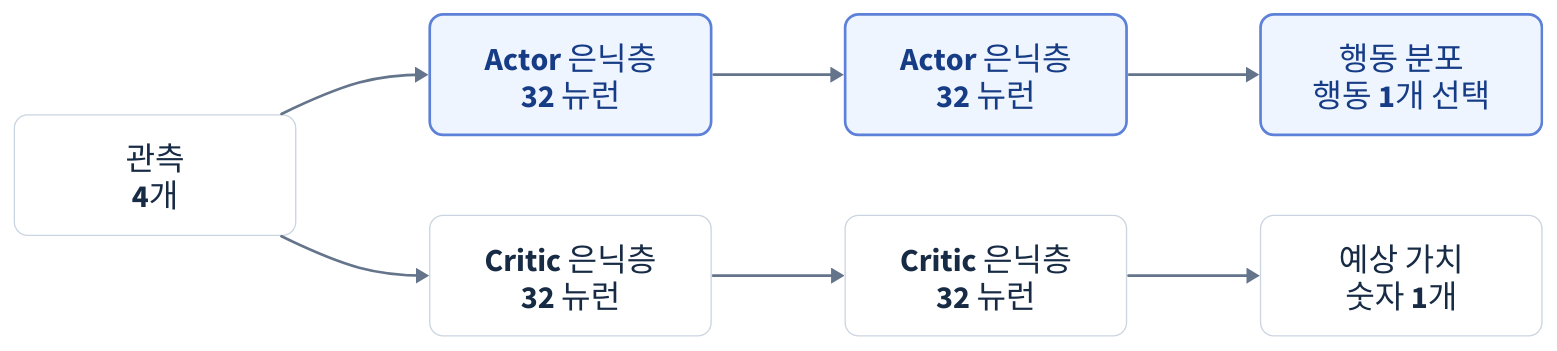
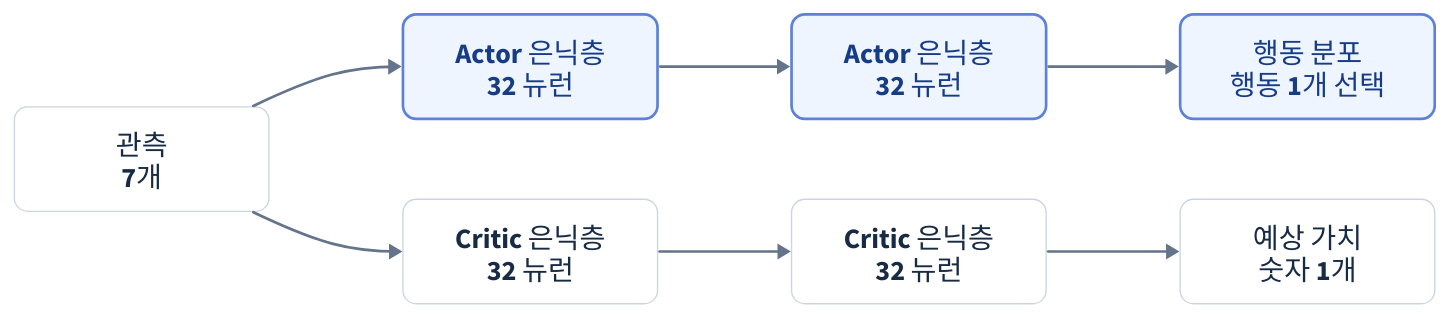
Before and after one commit to fortex66/physical-ai-training: the diagram in learning-notes/reinforcement-learning/diagrams/02-actor-critic-model.d2, drawn with D2. The commit also changed 44 other files, not shown here.

Commit message:
docs: add lesson 23 custom RL environment and reduce diagram sizing

```diff
--- a/learning-notes/reinforcement-learning/diagrams/02-actor-critic-model.d2
+++ b/learning-notes/reinforcement-learning/diagrams/02-actor-critic-model.d2
@@ -1,27 +1,27 @@
 direction: down
 classes: {
   box: {
-    width: 210
-    height: 90
-    style: {font-size: 24; font-color: "#172B45"; fill: "#FFFFFF"; stroke: "#CBD5E1"; stroke-width: 1; border-radius: 10}
+    width: 190
+    height: 78
+    style: {font-size: 21; font-color: "#172B45"; fill: "#FFFFFF"; stroke: "#CBD5E1"; stroke-width: 1; border-radius: 10}
   }
   focus: {
-    width: 210
-    height: 90
-    style: {font-size: 24; font-color: "#173C86"; fill: "#EFF5FF"; stroke: "#5D81D9"; stroke-width: 2; border-radius: 10}
+    width: 190
+    height: 78
+    style: {font-size: 21; font-color: "#173C86"; fill: "#EFF5FF"; stroke: "#5D81D9"; stroke-width: 2; border-radius: 10}
   }
 }
 *.class: box
-*.style.font-size: 24
+*.style.font-size: 21
 (* -> *)[*].style.stroke: "#64748B"
 (* -> *)[*].style.stroke-width: 2
 direction: right
-obs: "관측\n4개"
+obs: "관측\n7개"
 a1: "Actor 은닉층\n32 뉴런" {class: focus}
 a2: "Actor 은닉층\n32 뉴런" {class: focus}
 aout: "행동 분포\n행동 1개 선택" {class: focus}
 c1: "Critic 은닉층\n32 뉴런"
 c2: "Critic 은닉층\n32 뉴런"
 cout: "예상 가치\n숫자 1개"
 obs -> a1 -> a2 -> aout
 obs -> c1 -> c2 -> cout
```
